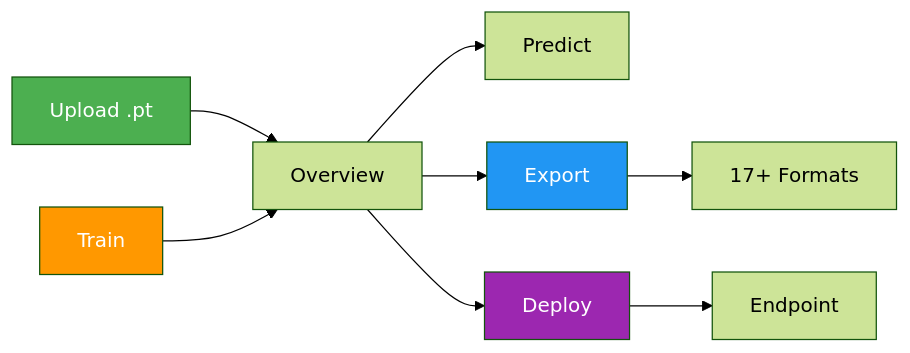
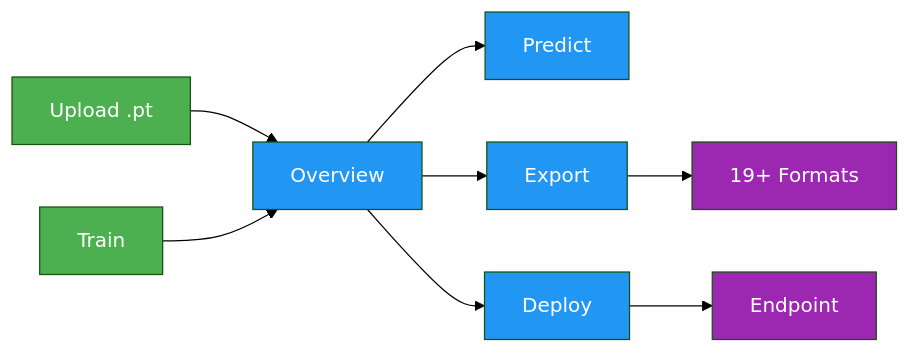
The first of 2 diagrams in docs/en/platform/train/models.md (Dadalia1917/Yolo-RT-DETR-TrainCode), drawn with Mermaid (forest theme) before and after one commit. The commit also changed other lines of this file and 767 other files, not shown here.

````diff
--- a/docs/en/platform/train/models.md
+++ b/docs/en/platform/train/models.md
@@ -54,15 +55,14 @@
 ```mermaid
 graph LR
-    A[Upload .pt] --> B[Overview]
-    C[Train] --> B
-    B --> D[Predict]
-    B --> E[Export]
-    B --> F[Deploy]
-    E --> G[17+ Formats]
-    F --> H[Endpoint]
+    A[Upload .pt]:::start --> B[Overview]:::proc
+    C[Train]:::start --> B
+    B --> D[Predict]:::proc
+    B --> E[Export]:::proc
+    B --> F[Deploy]:::proc
+    E --> G[19+ Formats]:::out
+    F --> H[Endpoint]:::out
 
-    style A fill:#4CAF50,color:#fff
-    style C fill:#FF9800,color:#fff
-    style E fill:#2196F3,color:#fff
-    style F fill:#9C27B0,color:#fff
+    classDef start fill:#4CAF50,color:#fff
+    classDef proc fill:#2196F3,color:#fff
+    classDef out fill:#9C27B0,color:#fff
 ```
````
